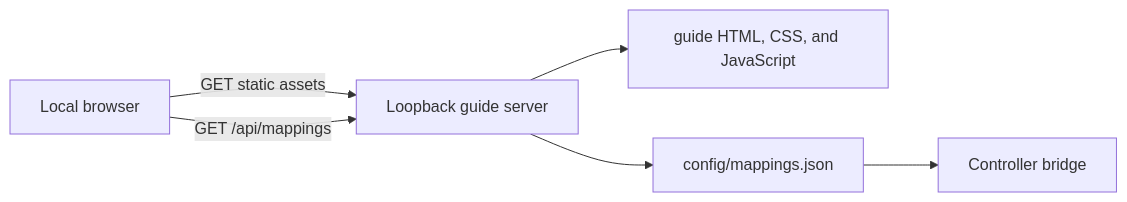
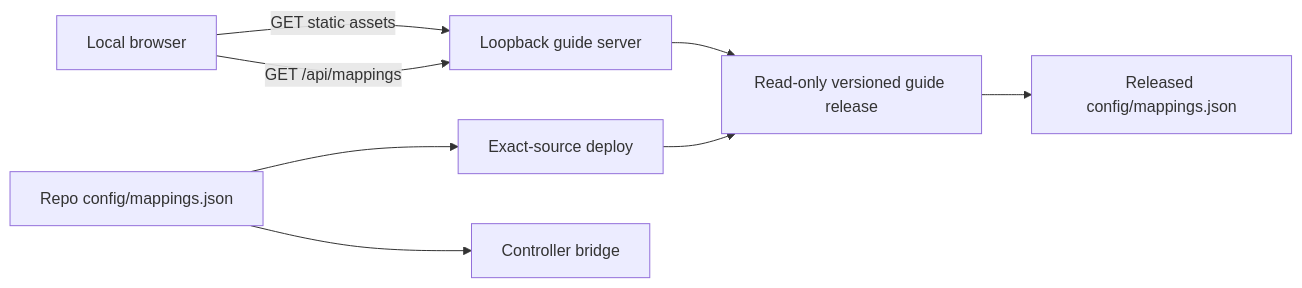
One commit to wisdom-in-a-nutshell/stadia-macos-controller changed the diagram in docs/architecture/controller-guide.md. Above: the diagram before and after it, drawn with Mermaid. The commit also changed other lines of this file and 10 other files, not shown here.

````diff
--- a/docs/architecture/controller-guide.md
+++ b/docs/architecture/controller-guide.md
@@ -7,14 +7,17 @@
 ```mermaid
 flowchart LR
     Browser[Local browser]
     Server[Loopback guide server]
-    Assets[guide HTML, CSS, and JavaScript]
-    Config[config/mappings.json]
+    Release[Read-only versioned guide release]
+    RepoConfig[Repo config/mappings.json]
+    ReleaseConfig[Released config/mappings.json]
+    Deploy[Exact-source deploy]
     Bridge[Controller bridge]
 
     Browser -->|GET static assets| Server
     Browser -->|GET /api/mappings| Server
-    Server --> Assets
-    Server --> Config
-    Config --> Bridge
+    Server --> Release
+    Release --> ReleaseConfig
+    RepoConfig --> Deploy --> Release
+    RepoConfig --> Bridge
 ```
````
